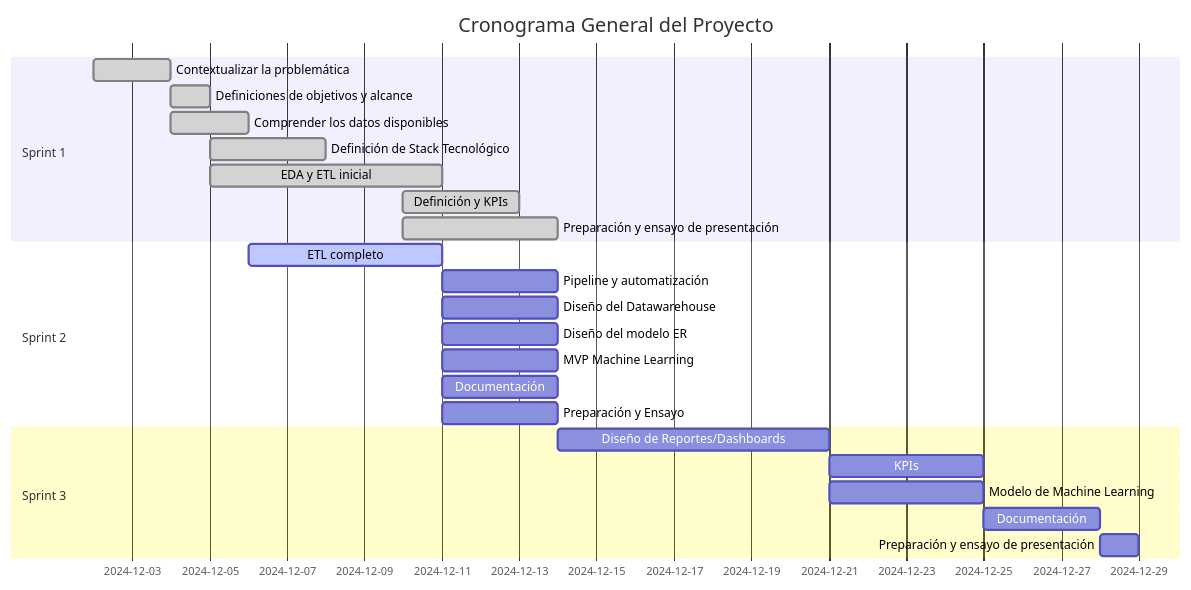
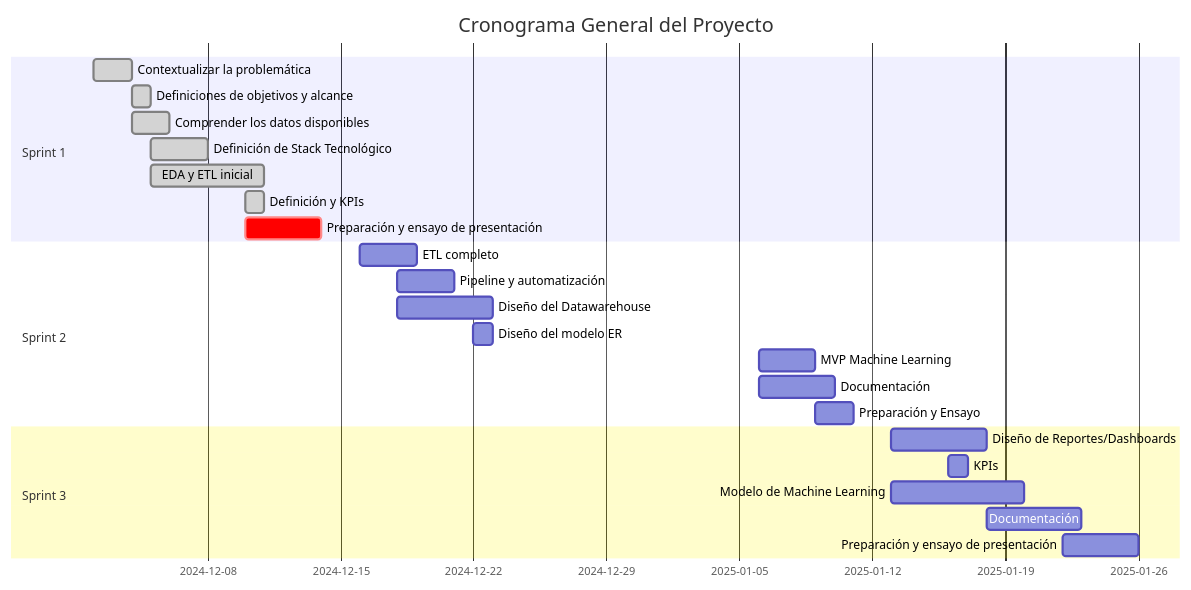
The diagram in README.md (SDCaFlo/datapt11_pf_grupo02), drawn with Mermaid before and after one commit.

````diff
--- a/README.md
+++ b/README.md
@@ -240,27 +240,28 @@
 ```mermaid
 gantt
     title Cronograma General del Proyecto
     dateFormat  YYYY-MM-DD
     section Sprint 1
     Contextualizar la problemática    :done, b1, 2024-12-02, 2d
     Definiciones de objetivos y alcance  :done, a2, 2024-12-04, 1d
     Comprender los datos disponibles  :done, a2, 2024-12-04, 2d
     Definición de Stack Tecnológico  :done, a2, 2024-12-05, 3d
     EDA y ETL inicial  :done, a2, 2024-12-05, 6d
-    Definición y KPIs  :done, a2, 2024-12-10, 3d
-    Preparación y ensayo de presentación :done, a2, 2024-12-10, 4d
+    Definición y KPIs  :done, a2, 2024-12-10, 1d
+    Preparación y ensayo de presentación :crit, a2, 2024-12-10, 4d
     section Sprint 2 
-    ETL completo      :active, b1, 2024-12-06, 5d
-    Pipeline y automatización            :b2, 2024-12-11, 3d
-    Diseño del Datawarehouse          :b2, 2024-12-11, 3d
-    Diseño del modelo ER          :b2, 2024-12-11, 3d
-    MVP Machine Learning         :b2, 2024-12-11, 3d
-    Documentación        :b2, 2024-12-11, 3d
-    Preparación y Ensayo   :b2, 2024-12-11, 3d
+    ETL completo      :b1, 2024-12-16, 3d
+    Pipeline y automatización            :b2, 2024-12-18, 3d
+    Diseño del Datawarehouse         :b2, 2024-12-18, 5d
+    Diseño del modelo ER          :b2, 2024-12-22, 1d
+    MVP Machine Learning         :b2, 2025-01-06, 3d
+    Documentación        :b2, 2025-01-06, 4d
+    Preparación y Ensayo   :b2, 2025-01-09, 2d
     section Sprint 3 
-    Diseño de Reportes/Dashboards           :c1, 2024-12-14, 7d
-    KPIs                  :c2, 2024-12-21, 4d
-    Modelo de Machine Learning  :c2, 2024-12-21, 4d
-    Documentación               :d1, 2024-12-25, 3d
-    Preparación y ensayo de presentación       :d2, 2024-12-28, 1d
+    Diseño de Reportes/Dashboards           :c1, 2025-01-13, 5d
+    KPIs                  :c2, 2025-01-16, 1d
+    Modelo de Machine Learning  :c2, 2025-01-13, 7d
+    Documentación               :d1, 2025-01-18, 5d
+    Preparación y ensayo de presentación       :d2, 2025-01-22, 4d
+
 ```
````
